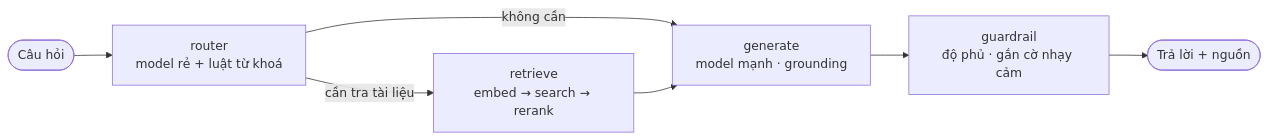
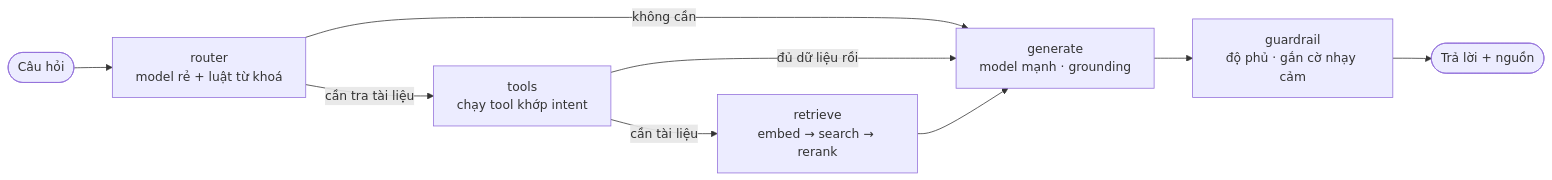
One commit to DQHuyyyyy/Sale_mate changed the second of 5 diagrams in docs/architecture_diagram.md. Above: the diagram before and after it, drawn with Mermaid. The commit also changed other lines of this file and 4 other files, not shown here.

````diff
--- a/docs/architecture_diagram.md
+++ b/docs/architecture_diagram.md
@@ -52,9 +82,11 @@
 ```mermaid
 graph LR
     START(["Câu hỏi"]) --> Router["router<br/>model rẻ + luật từ khoá"]
-    Router -->|cần tra tài liệu| Retrieve["retrieve<br/>embed → search → rerank"]
+    Router -->|cần tra tài liệu| Tools["tools<br/>chạy tool khớp intent"]
     Router -->|không cần| Generate
+    Tools -->|cần tài liệu| Retrieve["retrieve<br/>embed → search → rerank"]
+    Tools -->|đủ dữ liệu rồi| Generate
     Retrieve --> Generate["generate<br/>model mạnh · grounding"]
     Generate --> Guard["guardrail<br/>độ phủ · gắn cờ nhạy cảm"]
     Guard --> END(["Trả lời + nguồn"])
 ```
````
